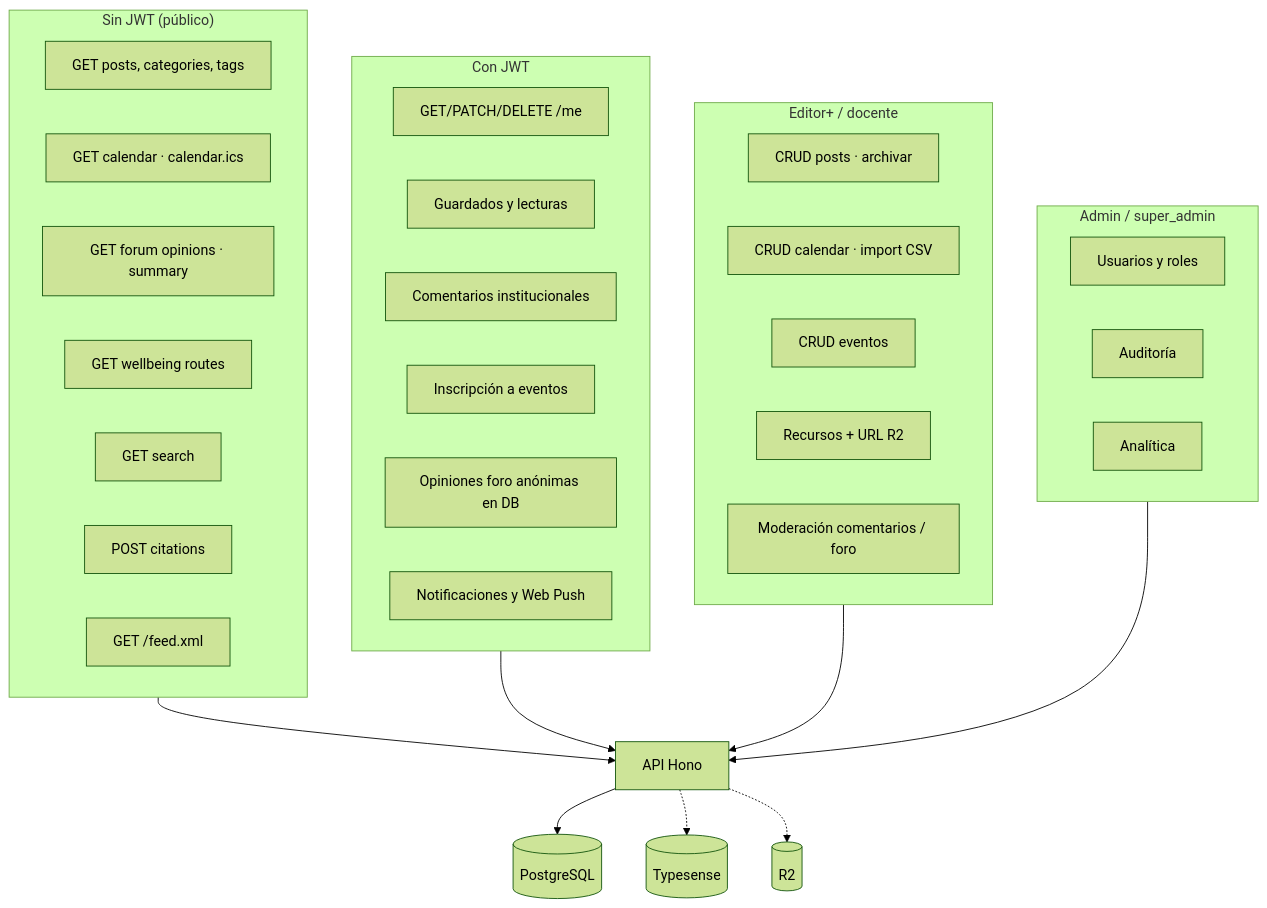
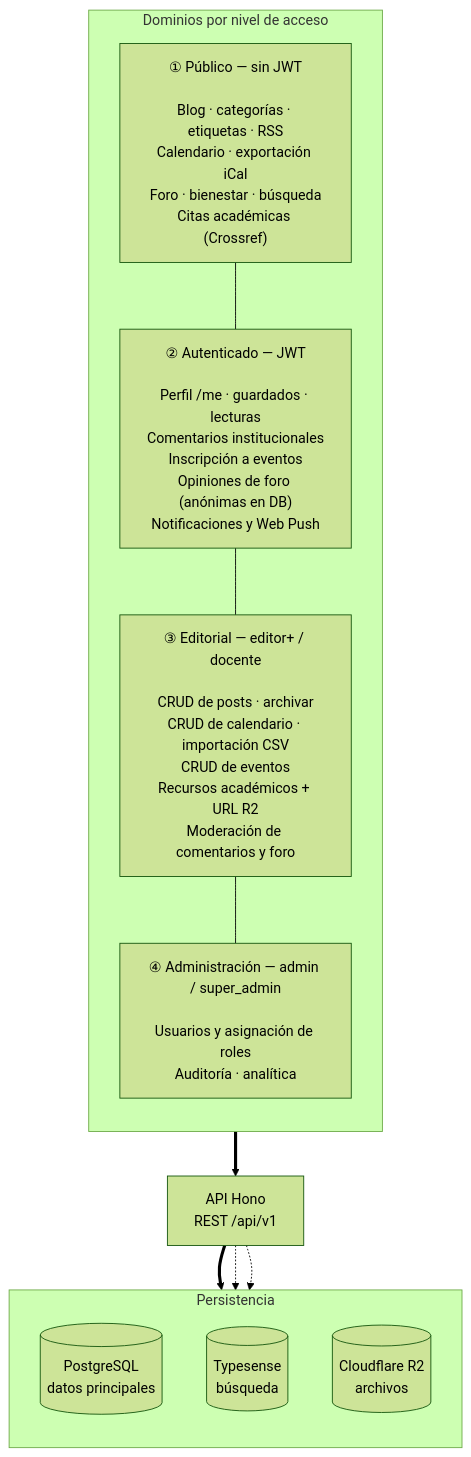
Before and after one commit to julianmeoficial/udccereteAPI: the fifth of 11 diagrams in docs/architecture/diagrams.md, drawn with Mermaid (forest theme). The commit also changed other lines of this file and 35 other files, not shown here.

````diff
--- a/docs/architecture/diagrams.md
+++ b/docs/architecture/diagrams.md
@@ -162,44 +166,31 @@
 ```mermaid
-flowchart TB
-  subgraph publico["Sin JWT (público)"]
-    P1["GET posts, categories, tags"]
-    P2["GET calendar · calendar.ics"]
-    P3["GET forum opinions · summary"]
-    P4["GET wellbeing routes"]
-    P5["GET search"]
-    P6["POST citations"]
-    P7["GET /feed.xml"]
+flowchart TD
+  subgraph acceso["Dominios por nivel de acceso"]
+    direction TB
+
+    P["① Público — sin JWT<br/><br/>Blog · categorías · etiquetas · RSS<br/>Calendario · exportación iCal<br/>Foro · bienestar · búsqueda<br/>Citas académicas (Crossref)"]
+
+    J["② Autenticado — JWT<br/><br/>Perfil /me · guardados · lecturas<br/>Comentarios institucionales<br/>Inscripción a eventos<br/>Opiniones de foro (anónimas en DB)<br/>Notificaciones y Web Push"]
+
+    E["③ Editorial — editor+ / docente<br/><br/>CRUD de posts · archivar<br/>CRUD de calendario · importación CSV<br/>CRUD de eventos<br/>Recursos académicos + URL R2<br/>Moderación de comentarios y foro"]
+
+    A["④ Administración — admin / super_admin<br/><br/>Usuarios y asignación de roles<br/>Auditoría · analítica"]
+
+    P --- J
+    J --- E
+    E --- A
   end
 
-  subgraph autenticado["Con JWT"]
-    A1["GET/PATCH/DELETE /me"]
-    A2["Guardados y lecturas"]
-    A3["Comentarios institucionales"]
-    A4["Inscripción a eventos"]
-    A5["Opiniones foro anónimas en DB"]
-    A6["Notificaciones y Web Push"]
+  acceso ==> API["API Hono<br/>REST /api/v1"]
+
+  subgraph persistencia["Persistencia"]
+    direction TB
+    PG[("PostgreSQL<br/>datos principales")]
+    TS[("Typesense<br/>búsqueda")]
+    R2[("Cloudflare R2<br/>archivos")]
   end
 
-  subgraph editorial["Editor+ / docente"]
-    E1["CRUD posts · archivar"]
-    E2["CRUD calendar · import CSV"]
-    E3["CRUD eventos"]
-    E4["Recursos + URL R2"]
-    E5["Moderación comentarios / foro"]
-  end
-
-  subgraph admin["Admin / super_admin"]
-    AD1["Usuarios y roles"]
-    AD2["Auditoría"]
-    AD3["Analítica"]
-  end
-
-  publico --> API2["API Hono"]
-  autenticado --> API2
-  editorial --> API2
-  admin --> API2
-
-  API2 --> DB2[("PostgreSQL")]
-  API2 -.-> TS2[("Typesense")]
-  API2 -.-> R22[("R2")]
+  API ==> PG
+  API -.-> TS
+  API -.-> R2
 ```
````
